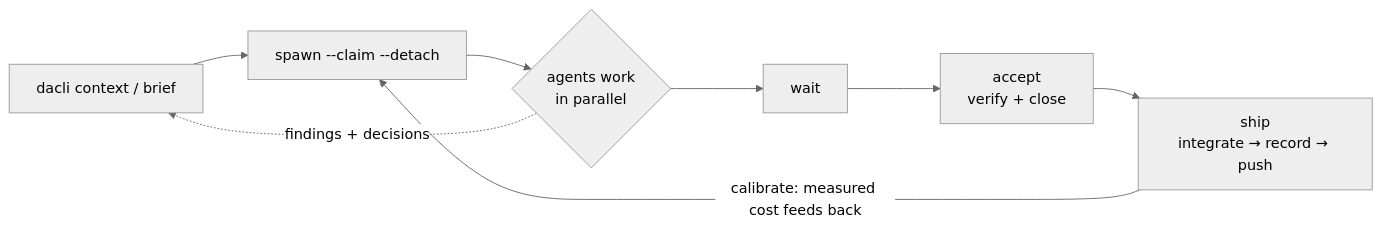
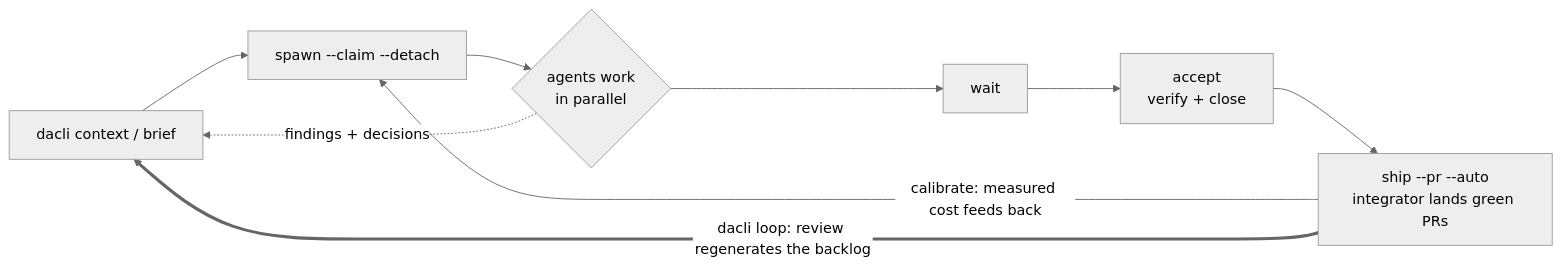
The diagram in README.md (mlnomadpy/dacli), drawn with Mermaid (neutral theme) before and after one commit. The commit also changed other lines of this file and 5 other files, not shown here.

````diff
--- a/README.md
+++ b/README.md
@@ -27,10 +27,11 @@
 ```mermaid
 flowchart LR
   A[dacli context / brief] --> B[spawn --claim --detach]
   B --> C{agents work<br/>in parallel}
   C --> D[wait]
   D --> E[accept<br/>verify + close]
-  E --> F[ship<br/>integrate → record → push]
+  E --> F[ship --pr --auto<br/>integrator lands green PRs]
   F -->|calibrate: measured cost feeds back| B
   C -.->|findings + decisions| A
+  F ==>|dacli loop: review regenerates the backlog| A
 ```
````
